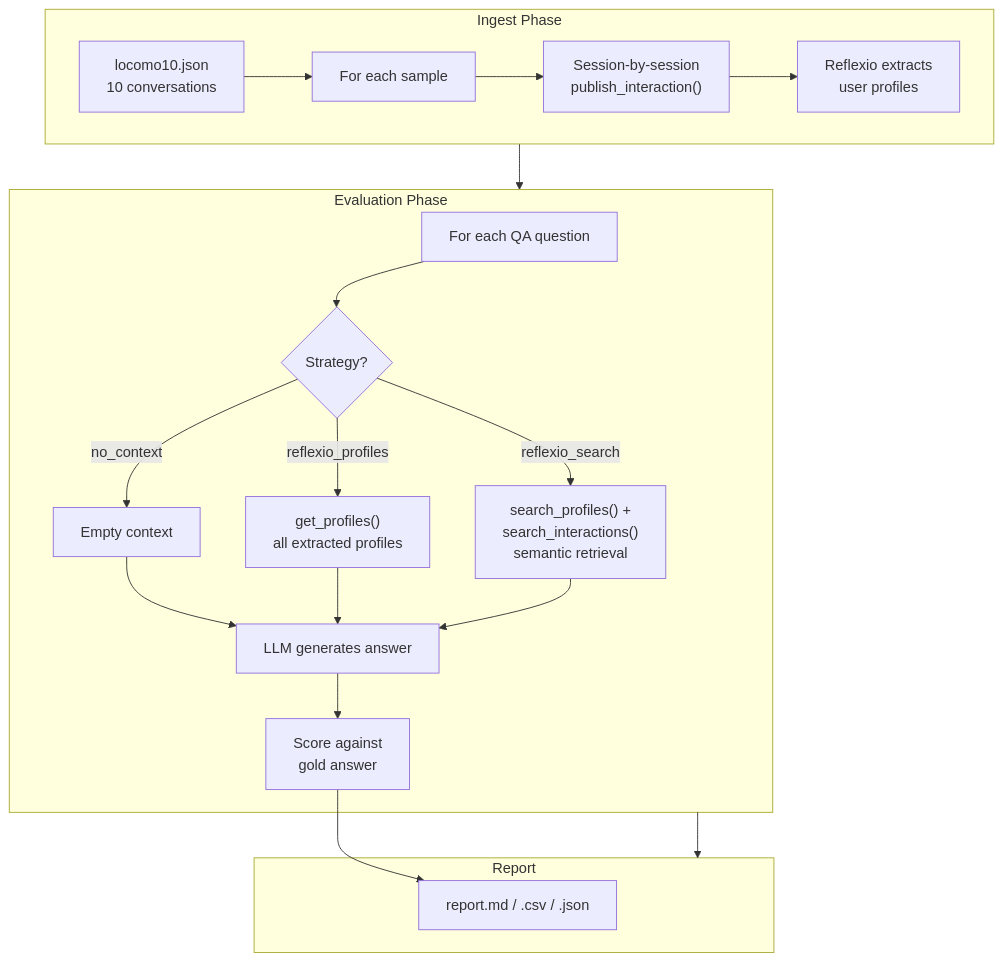
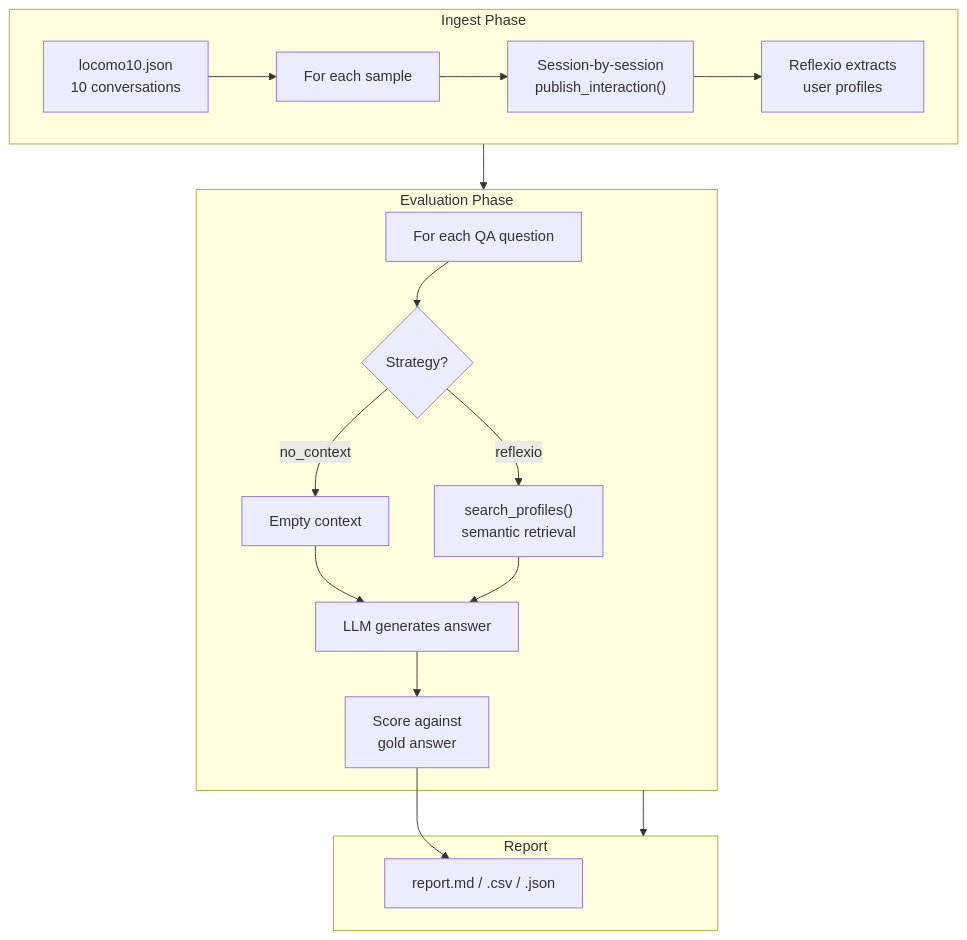
One commit to yyiilluu/reflexio-enterprise changed the diagram in benchmarks/locomo/README.md. Above: the diagram before and after it, drawn with Mermaid. The commit also changed other lines of this file and 2 other files, not shown here.

````diff
--- a/benchmarks/locomo/README.md
+++ b/benchmarks/locomo/README.md
@@ -57,28 +56,26 @@
 ```mermaid
 flowchart TD
     subgraph Ingest["Ingest Phase"]
         A["locomo10.json<br/>10 conversations"] --> B["For each sample"]
         B --> C["Session-by-session<br/>publish_interaction()"]
         C --> D["Reflexio extracts<br/>user profiles"]
     end
 
     subgraph Eval["Evaluation Phase"]
         E["For each QA question"] --> F{Strategy?}
 
         F -->|no_context| G["Empty context"]
-        F -->|reflexio_profiles| I["get_profiles()<br/>all extracted profiles"]
-        F -->|reflexio_search| J["search_profiles() +<br/>search_interactions()<br/>semantic retrieval"]
+        F -->|reflexio| J["search_profiles()<br/>semantic retrieval"]
 
         G --> K["LLM generates answer"]
-        I --> K
         J --> K
 
         K --> L["Score against<br/>gold answer"]
     end
 
     subgraph Output["Report"]
         L --> M["report.md / .csv / .json"]
     end
 
     Ingest --> Eval --> Output
 ```
````
